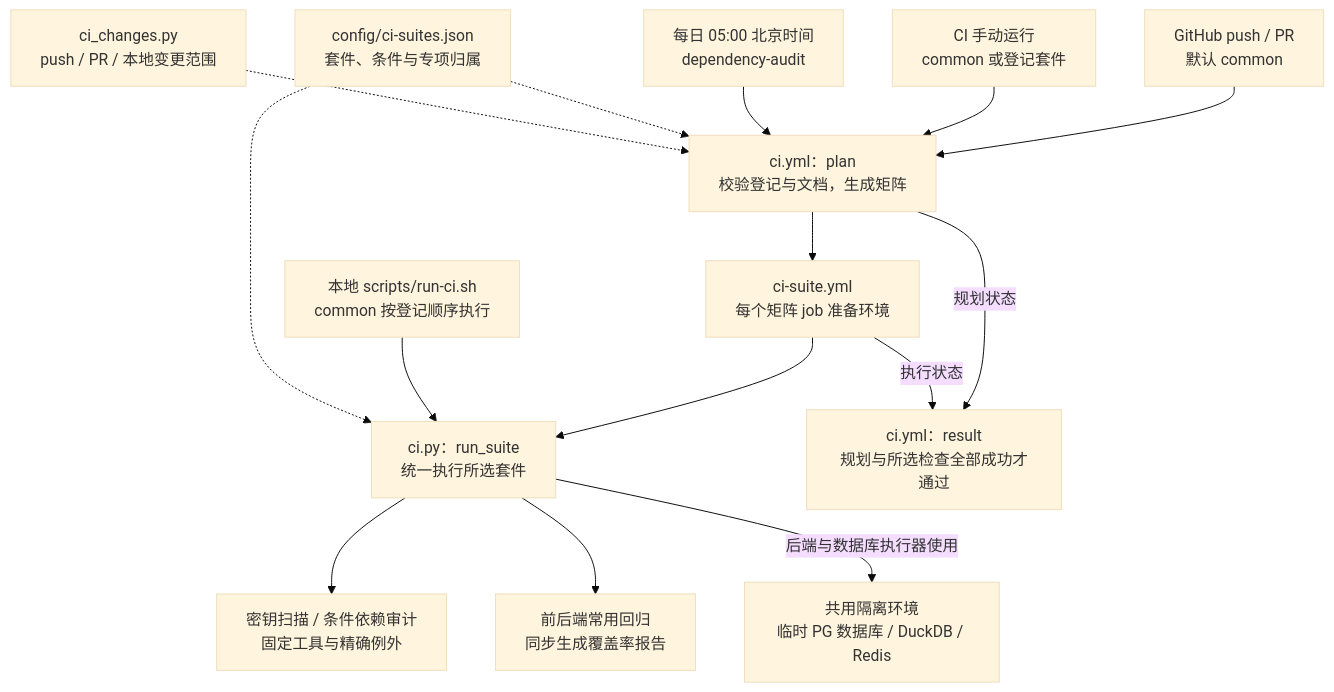
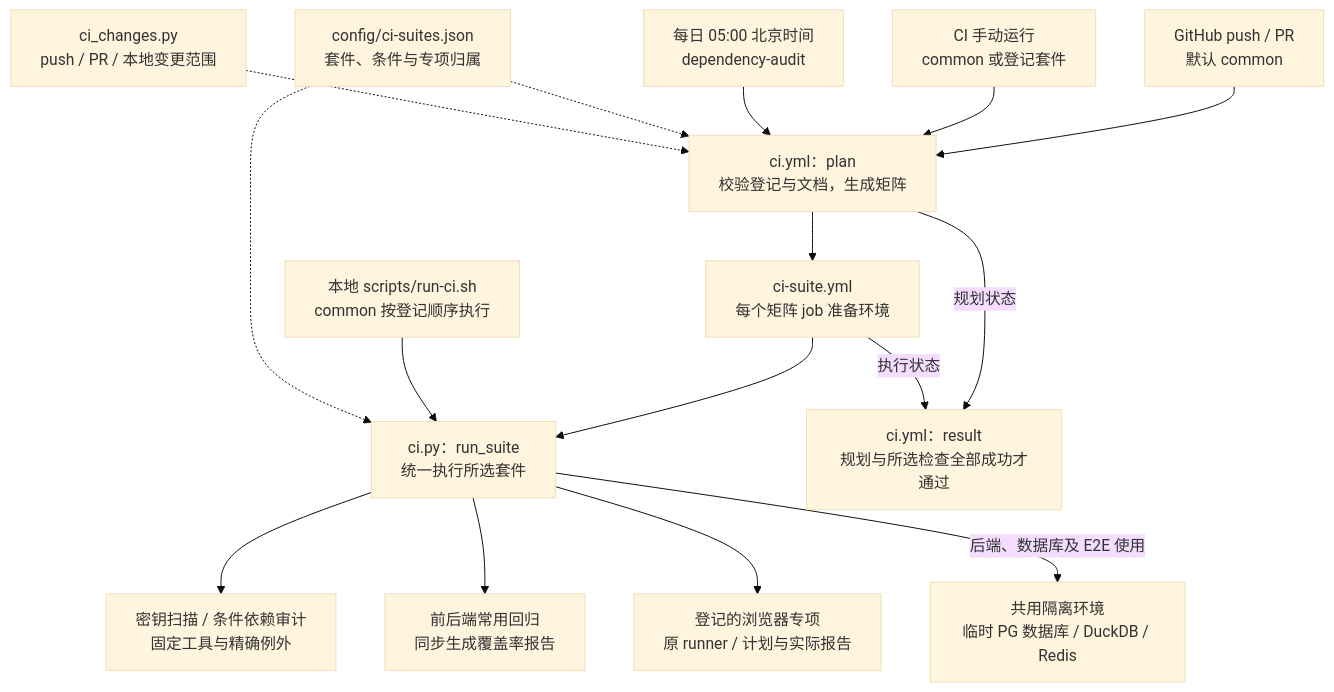
Before and after one commit to fulin-peng-ydxs/ai-stocks: the diagram in agent-works/architecture/continuous-integration.md, drawn with Mermaid (base theme). The commit also changed other lines of this file and 37 other files, not shown here.

````diff
--- a/agent-works/architecture/continuous-integration.md
+++ b/agent-works/architecture/continuous-integration.md
@@ -41,17 +86,18 @@
 ```mermaid
 flowchart TD
   Push["GitHub push / PR<br/>默认 common"] --> Plan["ci.yml：plan<br/>校验登记与文档，生成矩阵"]
   Manual["CI 手动运行<br/>common 或登记套件"] --> Plan
   Daily["每日 05:00 北京时间<br/>dependency-audit"] --> Plan
   Registry["config/ci-suites.json<br/>套件、条件与专项归属"] -.-> Plan
   Changes["ci_changes.py<br/>push / PR / 本地变更范围"] -.-> Plan
   Plan --> Workflow["ci-suite.yml<br/>每个矩阵 job 准备环境"]
   Workflow --> Runner["ci.py：run_suite<br/>统一执行所选套件"]
   Local["本地 scripts/run-ci.sh<br/>common 按登记顺序执行"] --> Runner
   Registry -.-> Runner
   Runner --> Security["密钥扫描 / 条件依赖审计<br/>固定工具与精确例外"]
   Runner --> Coverage["前后端常用回归<br/>同步生成覆盖率报告"]
-  Runner -->|后端与数据库执行器使用| Storage["共用隔离环境<br/>临时 PG 数据库 / DuckDB / Redis"]
+  Runner --> E2E["登记的浏览器专项<br/>原 runner / 计划与实际报告"]
+  Runner -->|后端、数据库及 E2E 使用| Storage["共用隔离环境<br/>临时 PG 数据库 / DuckDB / Redis"]
   Plan -->|规划状态| Result["ci.yml：result<br/>规划与所选检查全部成功才通过"]
   Workflow -->|执行状态| Result
 ```
````
